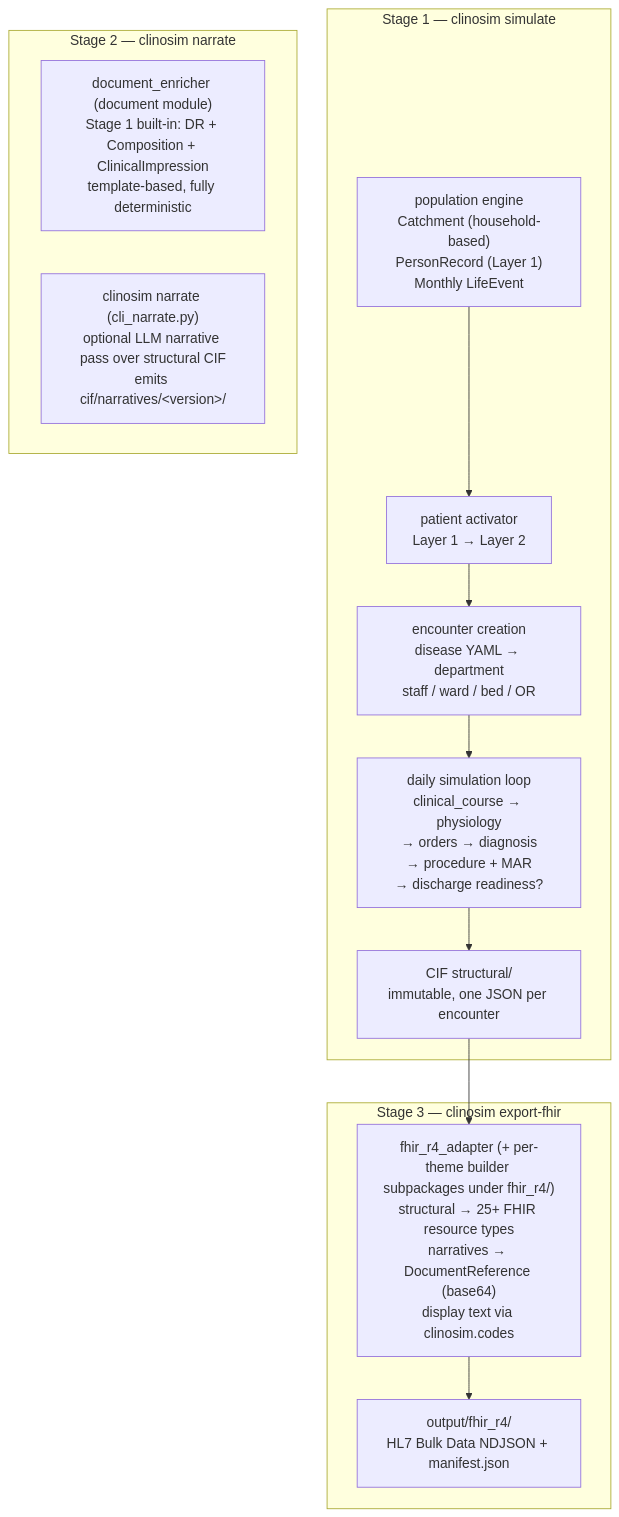
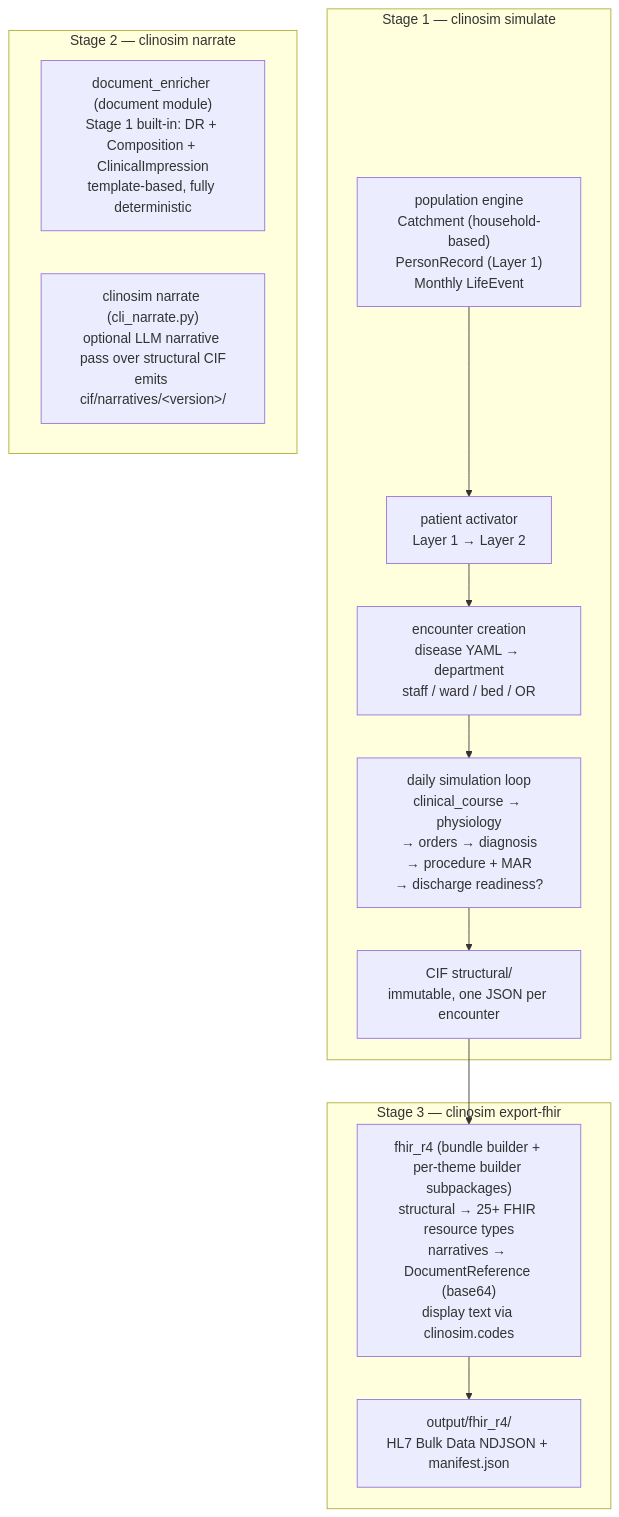
Before and after one commit to TomoOkuyama/clinosim: the diagram in docs/architecture/data-flow.md, drawn with Mermaid. The commit also changed 95 other files, not shown here.

````diff
--- a/docs/architecture/data-flow.md
+++ b/docs/architecture/data-flow.md
@@ -7,24 +7,24 @@
 ```mermaid
 flowchart TD
     subgraph stage1["Stage 1 — clinosim simulate"]
         pop["population engine<br/>Catchment (household-based)<br/>PersonRecord (Layer 1)<br/>Monthly LifeEvent"]
         act["patient activator<br/>Layer 1 → Layer 2"]
         enc["encounter creation<br/>disease YAML → department<br/>staff / ward / bed / OR"]
         loop["daily simulation loop<br/>clinical_course → physiology<br/>→ orders → diagnosis<br/>→ procedure + MAR<br/>→ discharge readiness?"]
         cif_s["CIF structural/<br/>immutable, one JSON per encounter"]
         pop --> act --> enc --> loop --> cif_s
     end
 
     subgraph stage2["Stage 2 — clinosim narrate"]
         gen2["document_enricher (document module)<br/>Stage 1 built-in: DR + Composition + ClinicalImpression<br/>template-based, fully deterministic"]
         llm2["clinosim narrate (cli_narrate.py)<br/>optional LLM narrative pass over structural CIF<br/>emits cif/narratives/&lt;version&gt;/"]
     end
 
     subgraph stage3["Stage 3 — clinosim export-fhir"]
-        adapter["fhir_r4_adapter (+ per-theme builder subpackages under fhir_r4/)<br/>structural → 25+ FHIR resource types<br/>narratives → DocumentReference (base64)<br/>display text via clinosim.codes"]
+        adapter["fhir_r4 (bundle builder + per-theme builder subpackages)<br/>structural → 25+ FHIR resource types<br/>narratives → DocumentReference (base64)<br/>display text via clinosim.codes"]
         fhir["output/fhir_r4/<br/>HL7 Bulk Data NDJSON + manifest.json"]
         adapter --> fhir
     end
 
     cif_s --> adapter
 ```
````
